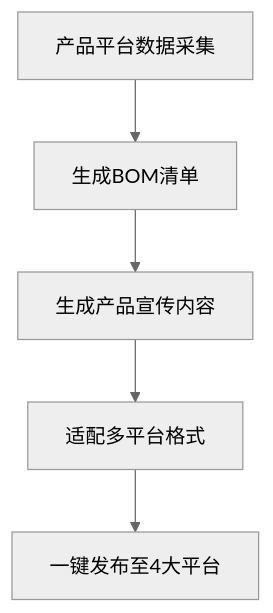
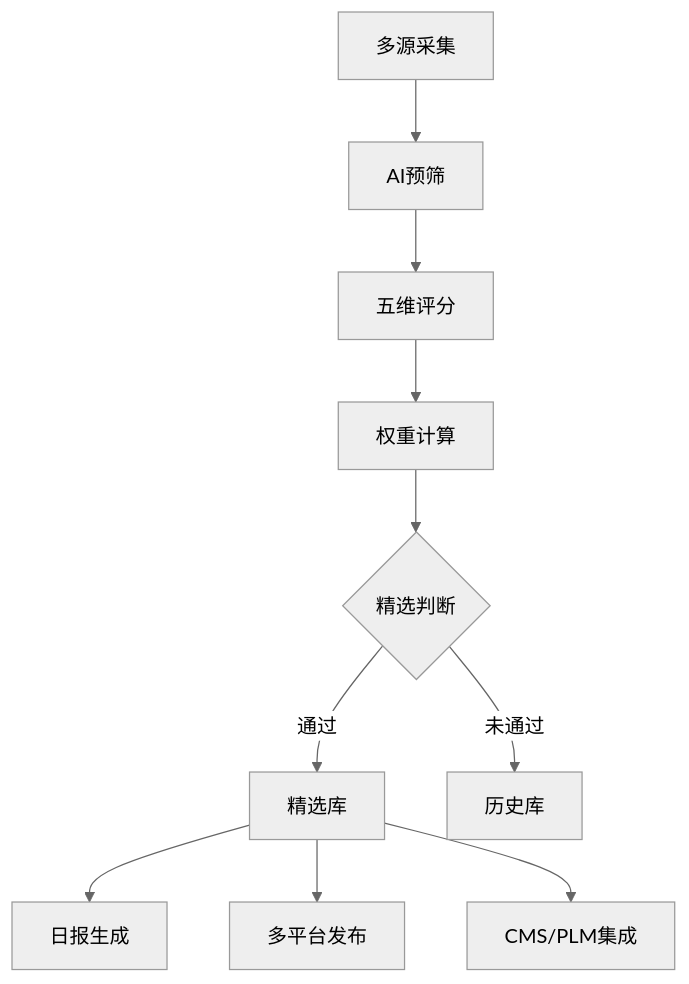
The diagram in SKILL.md (andyy1976/workbuddy-claw-wechat-publisher), drawn with Mermaid (neutral theme) before and after one commit. The commit also changed other lines of this file and 14 other files, not shown here.

````diff
--- a/SKILL.md
+++ b/SKILL.md
@@ -79,7 +191,12 @@
 ```mermaid
 graph TD
-A[产品平台数据采集] --> B[生成BOM清单]
-B --> C[生成产品宣传内容]
-C --> D[适配多平台格式]
-D --> E[一键发布至4大平台]
+    A[多源采集] --> B[AI预筛]
+    B --> C[五维评分]
+    C --> D[权重计算]
+    D --> E{精选判断}
+    E -->|通过| F[精选库]
+    E -->|未通过| G[历史库]
+    F --> H[日报生成]
+    F --> I[多平台发布]
+    F --> J[CMS/PLM集成]
 ```
````
